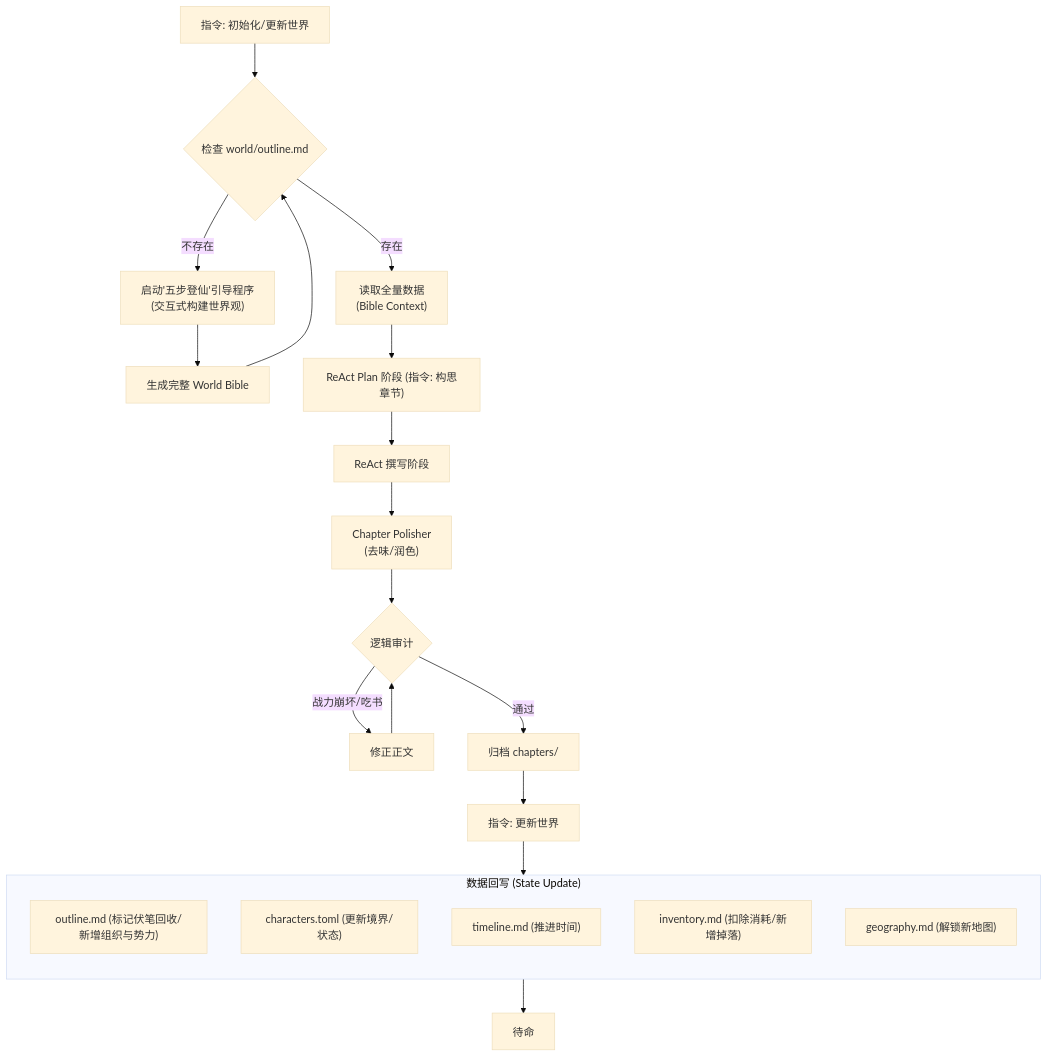
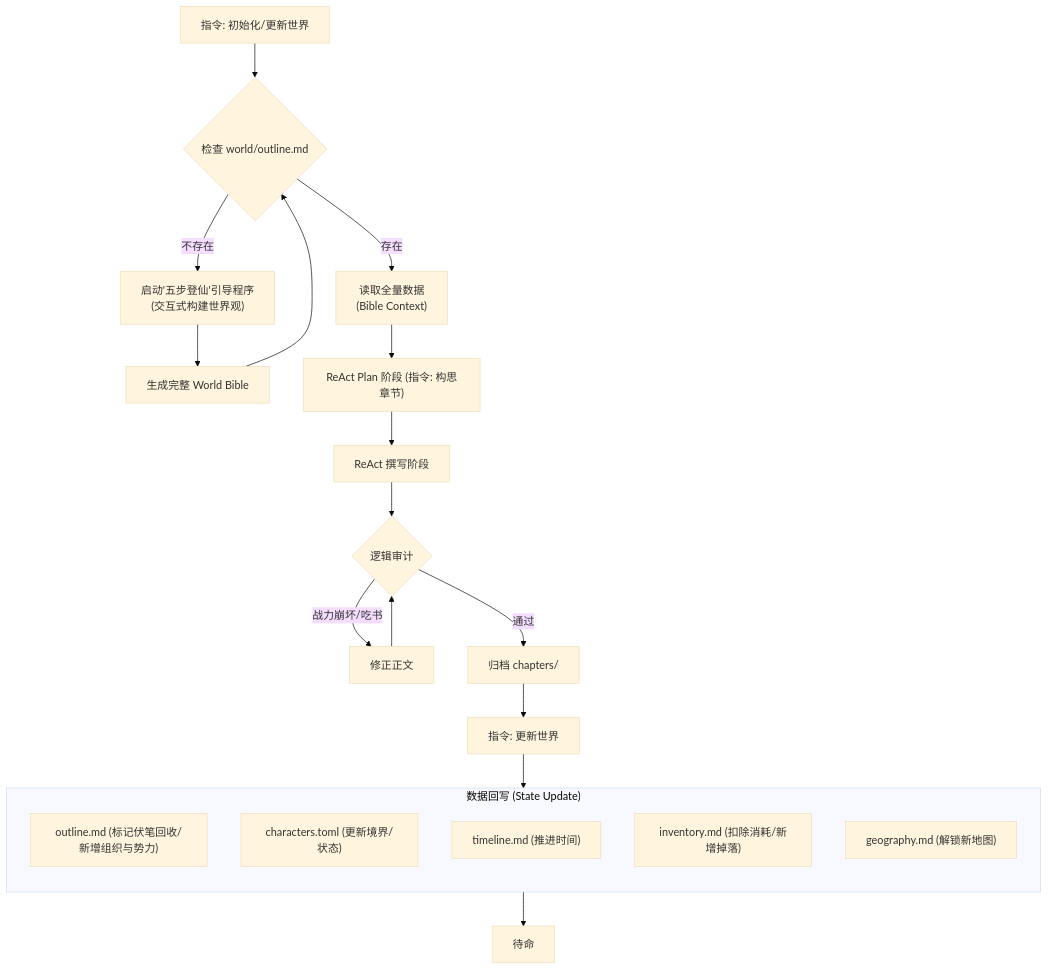
One commit to tiger-yi/novel-assistant changed the diagram in AGENTS.md. Above: the diagram before and after it, drawn with Mermaid (base theme). The commit also changed other lines of this file and 3 other files, not shown here.

````diff
--- a/AGENTS.md
+++ b/AGENTS.md
@@ -48,33 +48,32 @@
 ```mermaid
 flowchart TD
     Start["指令: 初始化/更新世界"] --> CheckOutline{"检查 world/outline.md"}
 
     CheckOutline -->|"不存在"| Genesis["启动'五步登仙'引导程序\n(交互式构建世界观)"]
     Genesis --> GenerateBible["生成完整 World Bible"]
     GenerateBible --> CheckOutline
 
     CheckOutline -->|"存在"| Read["读取全量数据\n(Bible Context)"]
 
     Read --> Plan["ReAct Plan 阶段 (指令: 构思章节)"]
     Plan --> Draft["ReAct 撰写阶段"]
-    Draft --> Polish["Chapter Polisher\n(去味/润色)"]
-    Polish --> Verify{"逻辑审计"}
+    Draft --> Verify{"逻辑审计"}
     
     Verify -->|"战力崩坏/吃书"| Fix["修正正文"]
     Fix --> Verify
     
     Verify -->|"通过"| Publish["归档 chapters/"]
     Publish --> Update["指令: 更新世界"]
     
     subgraph UpdateBible ["数据回写 (State Update)"]
         direction TB
         U1["outline.md (标记伏笔回收/新增组织与势力)"]
         U2["characters.toml (更新境界/状态)"]
         U3["timeline.md (推进时间)"]
         U4["inventory.md (扣除消耗/新增掉落)"]
         U5["geography.md (解锁新地图)"]
     end
     
     Update --> UpdateBible
     UpdateBible --> Finish["待命"]
 ```
````
